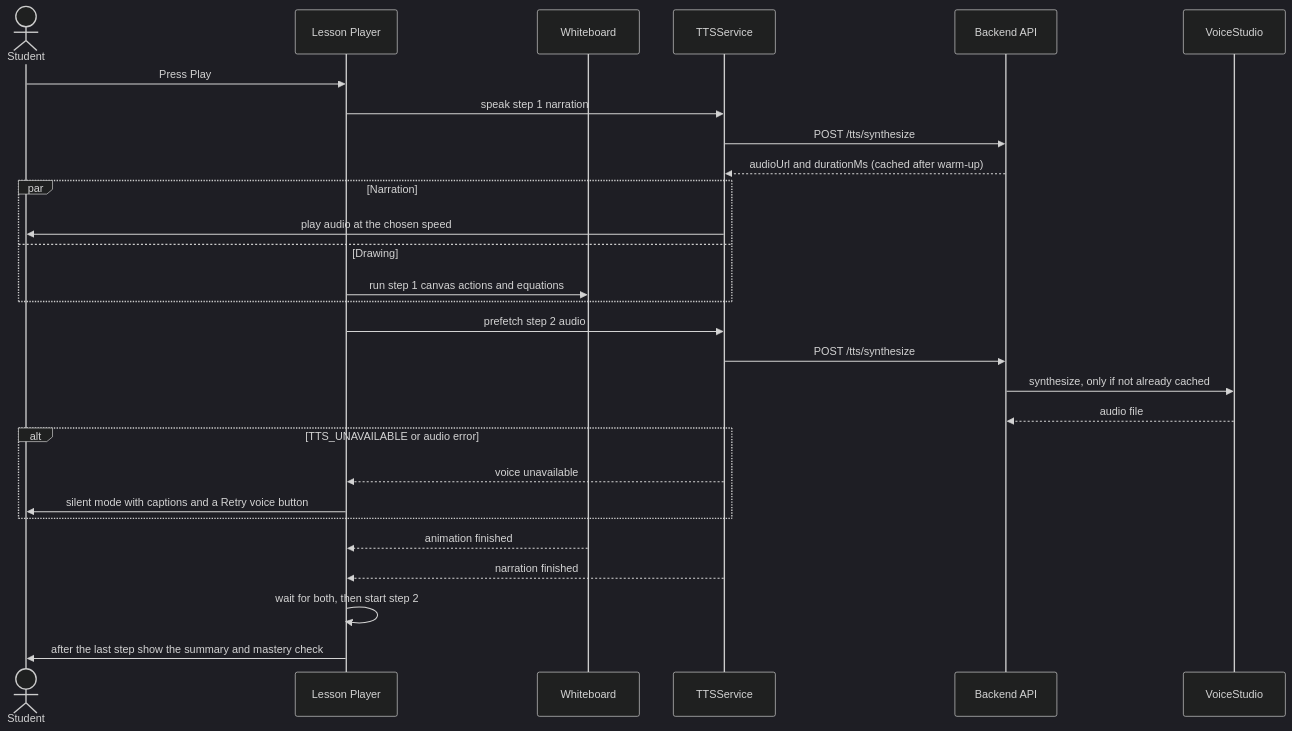
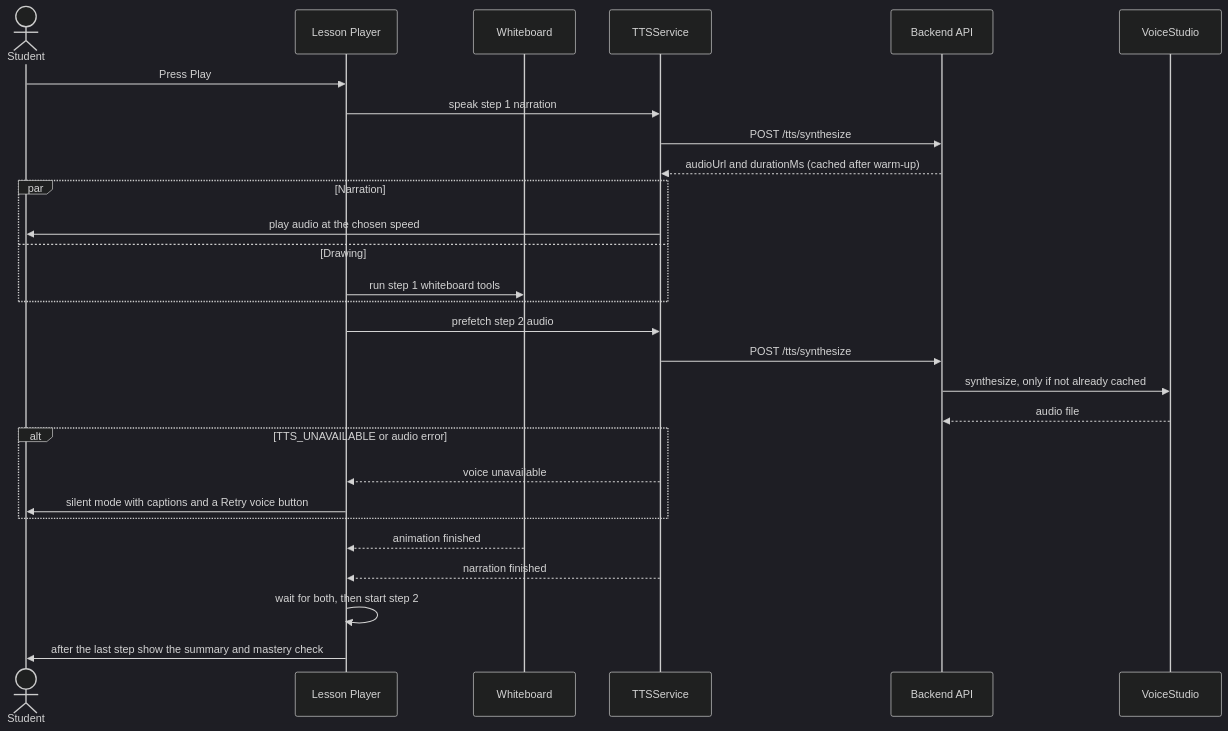
The seventh of 12 diagrams in prepai-spec.md (ocjpkrishna/prepai), drawn with Mermaid (dark theme) before and after one commit. The commit also changed other lines of this file and 2 other files, not shown here.

First line of the commit message:
docs(spec): replace Konva canvas actions with SVG whiteboard tools

````diff
--- a/prepai-spec.md
+++ b/prepai-spec.md
@@ -1340,31 +1223,31 @@
 ```mermaid
 sequenceDiagram
     actor S as Student
     participant P as Lesson Player
     participant WB as Whiteboard
     participant T as TTSService
     participant API as Backend API
     participant VS as VoiceStudio
 
     S->>P: Press Play
     P->>T: speak step 1 narration
     T->>API: POST /tts/synthesize
     API-->>T: audioUrl and durationMs (cached after warm-up)
     par Narration
         T->>S: play audio at the chosen speed
     and Drawing
-        P->>WB: run step 1 canvas actions and equations
+        P->>WB: run step 1 whiteboard tools
     end
     P->>T: prefetch step 2 audio
     T->>API: POST /tts/synthesize
     API->>VS: synthesize, only if not already cached
     VS-->>API: audio file
     alt TTS_UNAVAILABLE or audio error
         T-->>P: voice unavailable
         P->>S: silent mode with captions and a Retry voice button
     end
     WB-->>P: animation finished
     T-->>P: narration finished
     P->>P: wait for both, then start step 2
     P->>S: after the last step show the summary and mastery check
 ```
````
